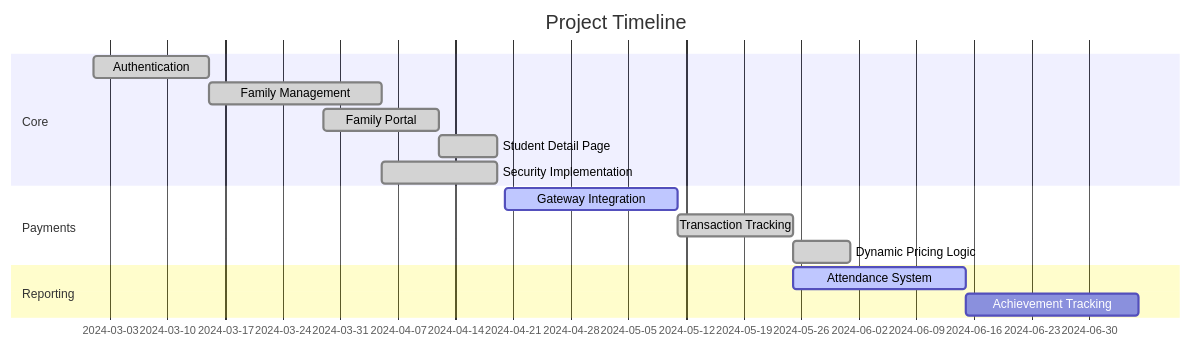
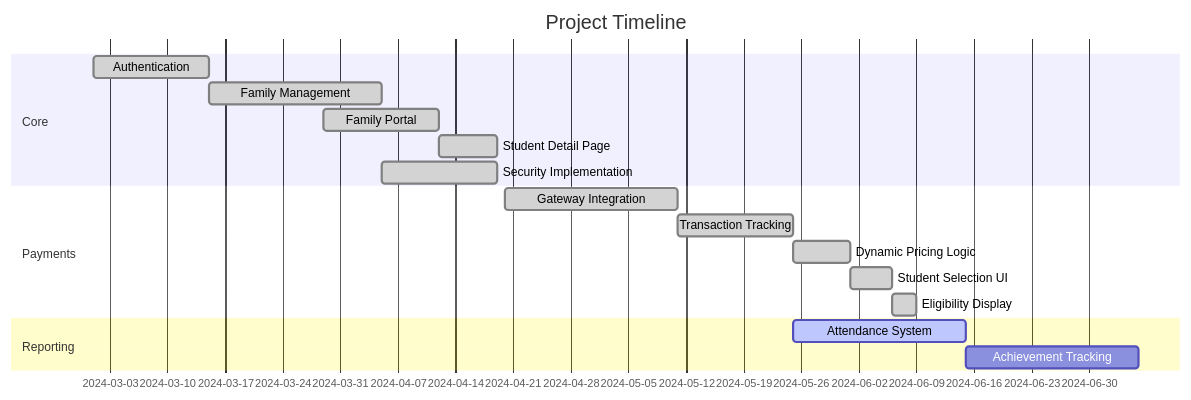
Before and after one commit to snusnumrick/karate: the diagram in README.md, drawn with Mermaid. The commit also changed other lines of this file, not shown here.

````diff
--- a/README.md
+++ b/README.md
@@ -146,18 +148,20 @@
 ```mermaid
 gantt
     title Project Timeline
     dateFormat  YYYY-MM-DD
     section Core
     Authentication          :done,    auth, 2024-03-01, 14d
     Family Management       :done,    family, 2024-03-15, 21d
     Family Portal           :done,    portal, 2024-03-29, 14d
     Student Detail Page     :done,    student, after portal, 7d
     Security Implementation :done,    sec, 2024-04-05, 14d     
     section Payments
-    Gateway Integration     :active,  pay, 2024-04-20, 21d
+    Gateway Integration     :done,    pay, 2024-04-20, 21d
     Transaction Tracking    :done,    pay_track, after pay, 14d
     Dynamic Pricing Logic   :done,    pay_dynamic, after pay_track, 7d
+    Student Selection UI    :done,    pay_select, after pay_dynamic, 5d
+    Eligibility Display     :done,    pay_eligibility, after pay_select, 3d
     section Reporting
     Attendance System       :active,  attend, 2024-05-25, 21d
     Achievement Tracking    :         achieve, 2024-06-15, 21d
 ```
````
